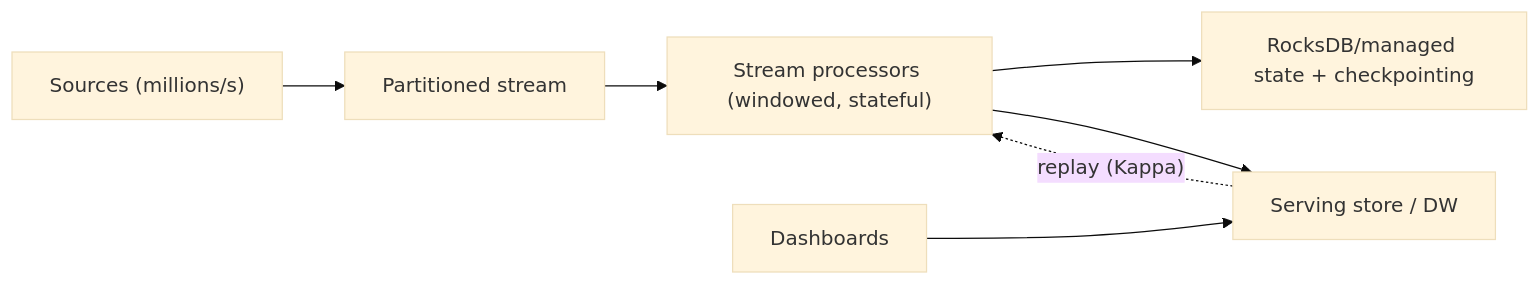
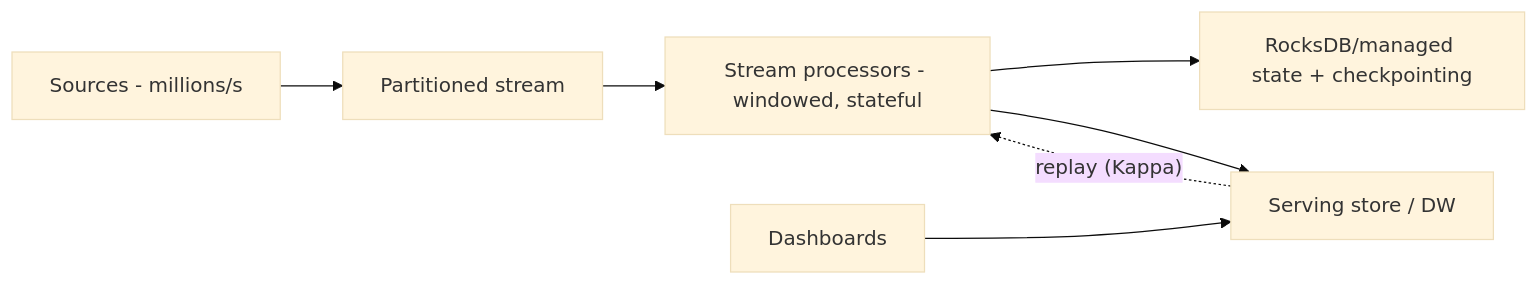
Before and after one commit to RIT-MESH/system-design-mastery: the diagram in docs/10-extreme-scale/04-stream-realtime-analytics.md, drawn with Mermaid (base theme). The commit also changed 139 other files, not shown here.

First line of the commit message:
Fix Mermaid parse errors: replace parentheses in node labels across 140 files

````diff
--- a/docs/10-extreme-scale/04-stream-realtime-analytics.md
+++ b/docs/10-extreme-scale/04-stream-realtime-analytics.md
@@ -23,10 +23,10 @@
 ```mermaid
 %% created-for: system-design-mastery
 flowchart LR
-  Src["Sources (millions/s)"] --> Stream["Partitioned stream"]
-  Stream --> Proc["Stream processors (windowed, stateful)"]
+  Src["Sources - millions/s"] --> Stream["Partitioned stream"]
+  Stream --> Proc["Stream processors - windowed, stateful"]
   Proc --> State["RocksDB/managed state + checkpointing"]
   Proc --> Sink["Serving store / DW"]
   Query["Dashboards"] --> Sink
   Sink -.replay (Kappa).-> Proc
 ```
````
